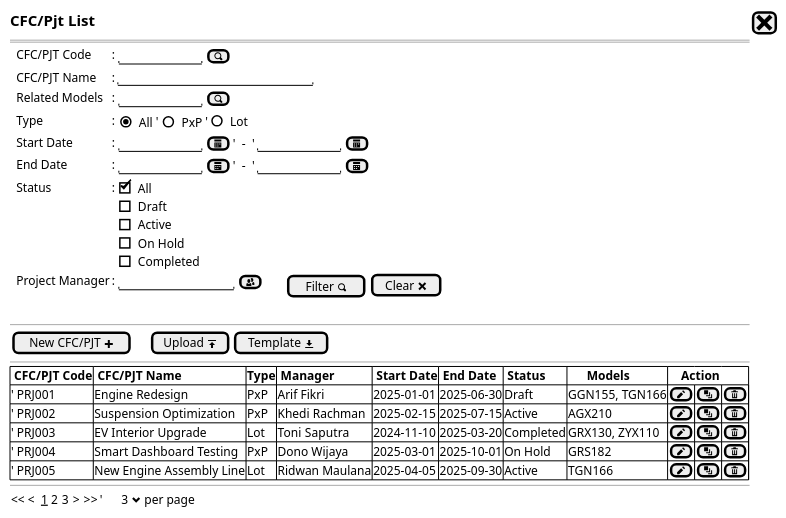
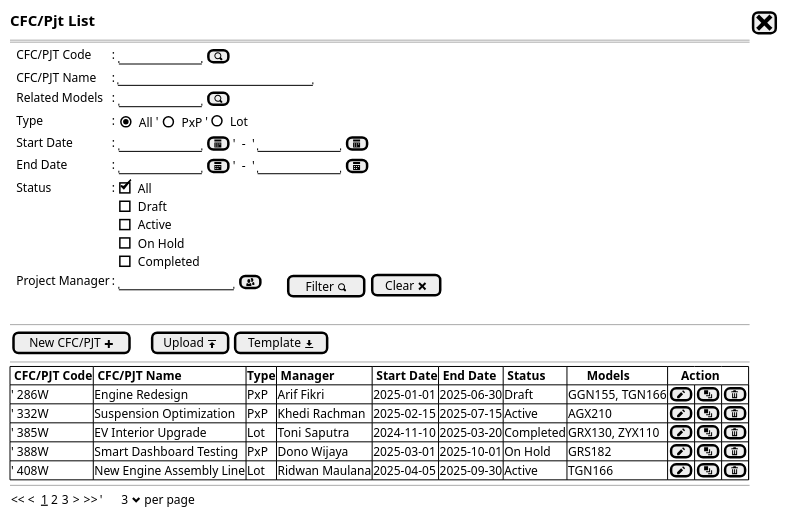
One commit to ari-fikri/packing-cost-mockup changed the diagram in Project/project - new step0b.puml. Above: the diagram before and after it, drawn with PlantUML. The commit also changed 3 other files, not shown here.

```diff
--- a/Project/project - new step0b.puml
+++ b/Project/project - new step0b.puml
@@ -1,41 +1,41 @@
 @startsalt
 {
   <size:15><b>CFC/Pjt List | [<size:25><&x>]|*
   ==
   {
     .|CFC/PJT Code      |: {|"          "|[<&magnifying-glass>]|}*
     .|CFC/PJT Name      |: |"                        "|*    
     .|Related Models    |: {|"          "| [<&magnifying-glass>]|}*
     .|Type              |: {|{(X)All}   '|    {()PxP}        '|   ()Lot}
     .|Start Date        |: {"          "|[<&calendar>] |'  -  '| "          "|[<&calendar>]  }*
     .|End Date          |: {"          "|[<&calendar>] |'  -  '| "          "|[<&calendar>]  }*
     .|Status |:|
     {
       [X] All
       [] Draft
       [] Active
       [] On Hold
       [] Completed
     }|*
     .|Project Manager |: {|"              "|[<&people>]|.|.|.|.||[Filter <&magnifying-glass>]}|[Clear <&x>]
   }
   .
   --
   {
   [New CFC/PJT <&plus>]|.|.|.|[Upload <&data-transfer-upload>]| [Template <&data-transfer-download>]|*
   }
   --
   {#
     |<b> CFC/PJT Code |<b> CFC/PJT Name          |<b>Type|<b> Manager         |<b> Start Date |<b> End Date   |<b> Status     |<b>      Models     |<b>    Action |*|*|*|*|*|*|*
-    |' PRJ001            | Engine Redesign          |PxP    | Arif Fikri         | 2025-01-01    | 2025-06-30    | Draft         | GGN155, TGN166     |[<&pencil>]|[<&layers>]|[<&trash>]|*
-    |' PRJ002            | Suspension Optimization  |PxP    | Khedi Rachman      | 2025-02-15    | 2025-07-15    | Active        | AGX210             |[<&pencil>]|[<&layers>]|[<&trash>]|*
-    |' PRJ003            | EV Interior Upgrade      |Lot    | Toni Saputra       | 2024-11-10    | 2025-03-20    | Completed     | GRX130, ZYX110     |[<&pencil>]|[<&layers>]|[<&trash>]|*
-    |' PRJ004            | Smart Dashboard Testing  |PxP    | Dono Wijaya        | 2025-03-01    | 2025-10-01    | On Hold       | GRS182             |[<&pencil>]|[<&layers>]|[<&trash>]|*
-    |' PRJ005            | New Engine Assembly Line |Lot    | Ridwan Maulana     | 2025-04-05    | 2025-09-30    | Active        | TGN166             |[<&pencil>]|[<&layers>]|[<&trash>]|*
+    |' 286W              | Engine Redesign          |PxP    | Arif Fikri         | 2025-01-01    | 2025-06-30    | Draft         | GGN155, TGN166     |[<&pencil>]|[<&layers>]|[<&trash>]|*
+    |' 332W              | Suspension Optimization  |PxP    | Khedi Rachman      | 2025-02-15    | 2025-07-15    | Active        | AGX210             |[<&pencil>]|[<&layers>]|[<&trash>]|*
+    |' 385W              | EV Interior Upgrade      |Lot    | Toni Saputra       | 2024-11-10    | 2025-03-20    | Completed     | GRX130, ZYX110     |[<&pencil>]|[<&layers>]|[<&trash>]|*
+    |' 388W              | Smart Dashboard Testing  |PxP    | Dono Wijaya        | 2025-03-01    | 2025-10-01    | On Hold       | GRS182             |[<&pencil>]|[<&layers>]|[<&trash>]|*
+    |' 408W              | New Engine Assembly Line |Lot    | Ridwan Maulana     | 2025-04-05    | 2025-09-30    | Active        | TGN166             |[<&pencil>]|[<&layers>]|[<&trash>]|*
   }
   --
   {
   << <  __1__ 2 3  > >>  |'      3 <&chevron-bottom> per page |*
   }
 }
 @endsalt
```
